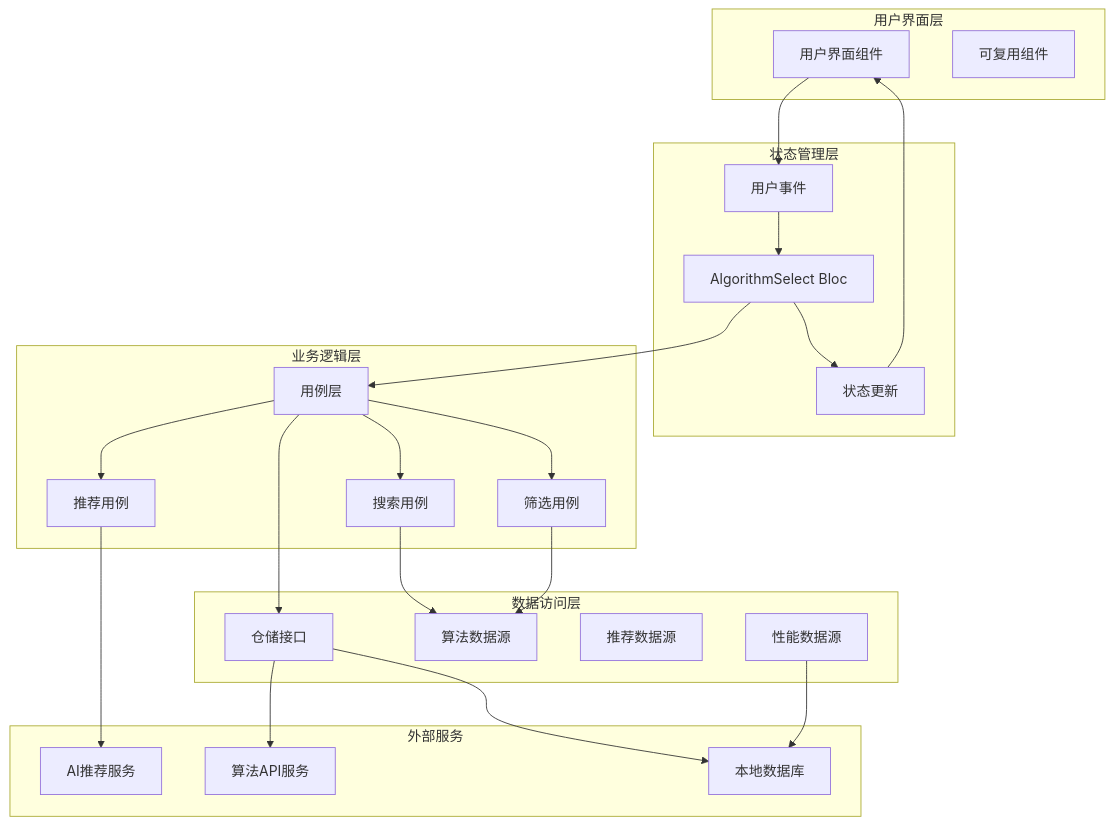
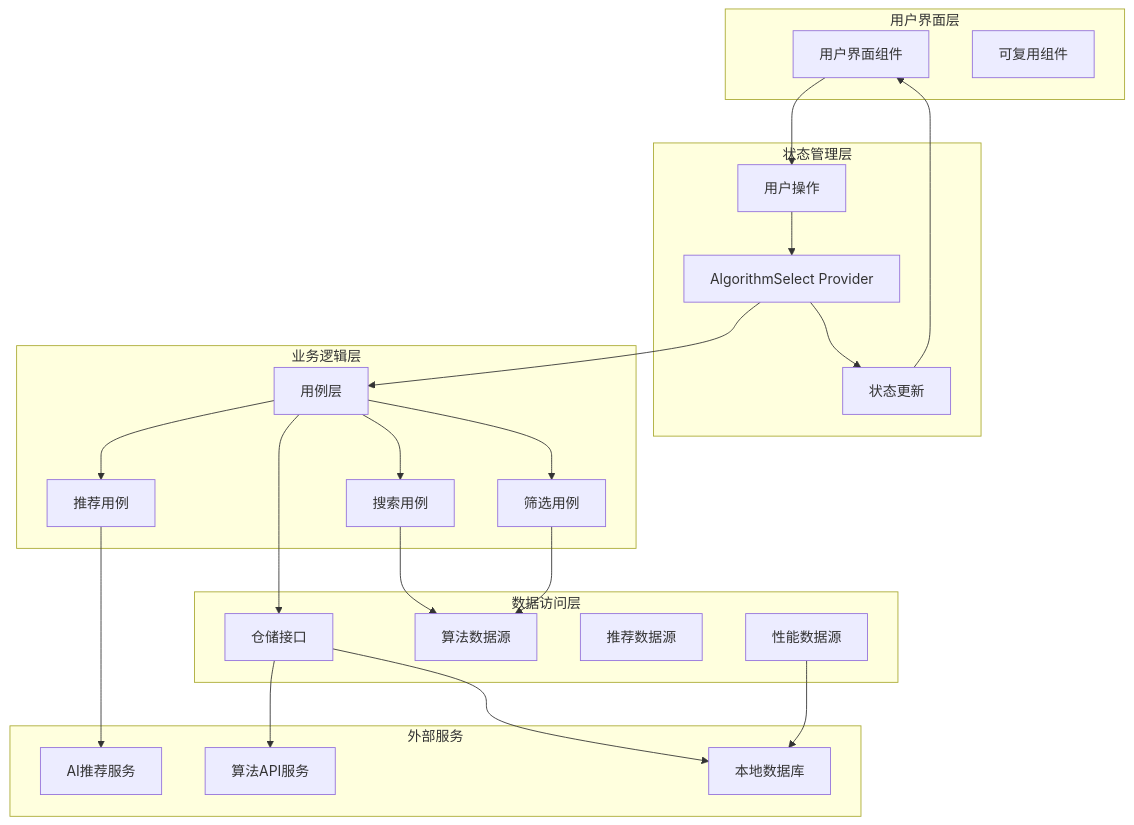
Before and after one commit to earthy-zinc/dehaze-system: the diagram in dehaze_flutter/docs/module/03-algorithm-select-module.md, drawn with Mermaid. The commit also changed other lines of this file and 32 other files, not shown here.

First line of the commit message:
docs(architecture): 重构架构文档并更新状态管理配置

````diff
--- a/dehaze_flutter/docs/module/03-algorithm-select-module.md
+++ b/dehaze_flutter/docs/module/03-algorithm-select-module.md
@@ -90,49 +90,49 @@
 ```mermaid
 graph TD
     subgraph "用户界面层"
         UI[用户界面组件]
         WIDGETS[可复用组件]
     end
 
     subgraph "状态管理层"
-        BLOC[AlgorithmSelect Bloc]
-        EVENTS[用户事件]
+        PROVIDER[AlgorithmSelect Provider]
+        ACTIONS[用户操作]
         STATES[状态更新]
     end
 
     subgraph "业务逻辑层"
         USECASES[用例层]
         RECOMMEND[推荐用例]
         SEARCH[搜索用例]
         FILTER[筛选用例]
     end
 
     subgraph "数据访问层"
         REPOSITORY[仓储接口]
         ALGORITHM_DS[算法数据源]
         RECOMMEND_DS[推荐数据源]
         PERFORMANCE_DS[性能数据源]
     end
 
     subgraph "外部服务"
         AI_SERVICE[AI推荐服务]
         API_SERVICE[算法API服务]
         LOCAL_DB[本地数据库]
     end
 
-    UI --> EVENTS
-    EVENTS --> BLOC
-    BLOC --> STATES
+    UI --> ACTIONS
+    ACTIONS --> PROVIDER
+    PROVIDER --> STATES
     STATES --> UI
-    BLOC --> USECASES
+    PROVIDER --> USECASES
     USECASES --> RECOMMEND
     USECASES --> SEARCH
     USECASES --> FILTER
     RECOMMEND --> AI_SERVICE
     SEARCH --> ALGORITHM_DS
     FILTER --> ALGORITHM_DS
     USECASES --> REPOSITORY
     REPOSITORY --> API_SERVICE
     REPOSITORY --> LOCAL_DB
     PERFORMANCE_DS --> LOCAL_DB
 ```
````
